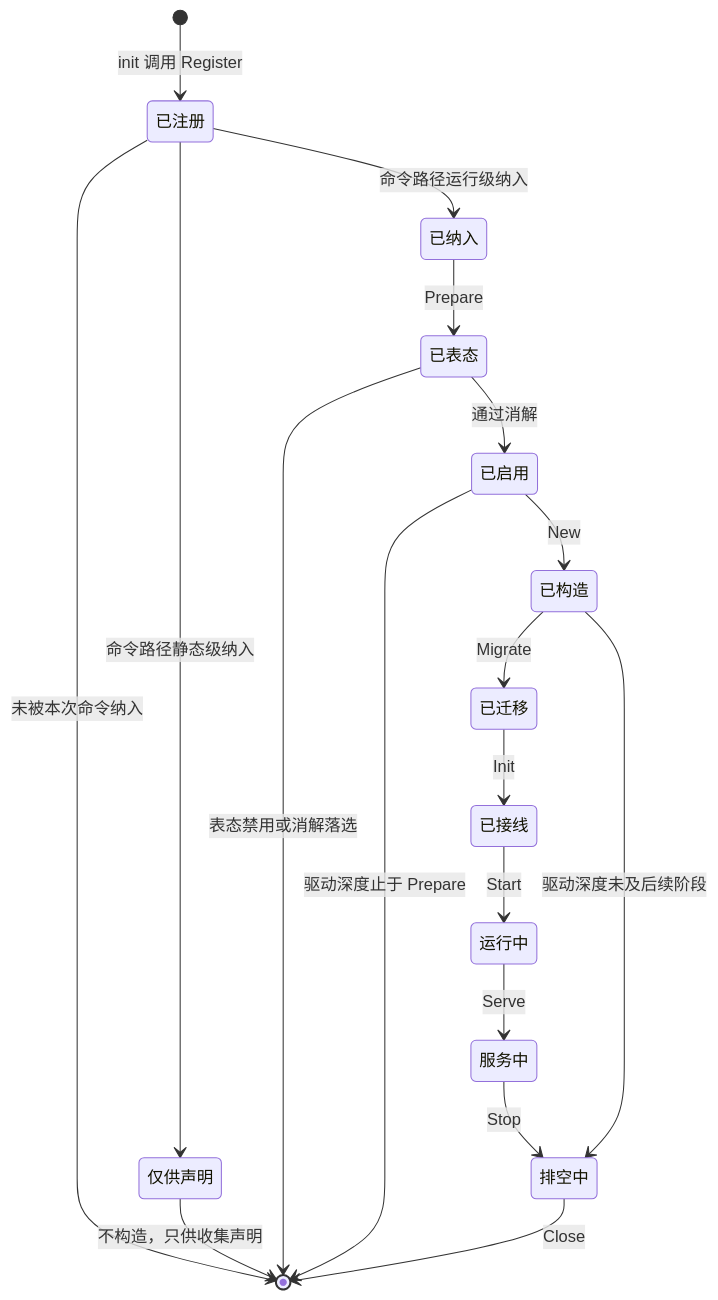
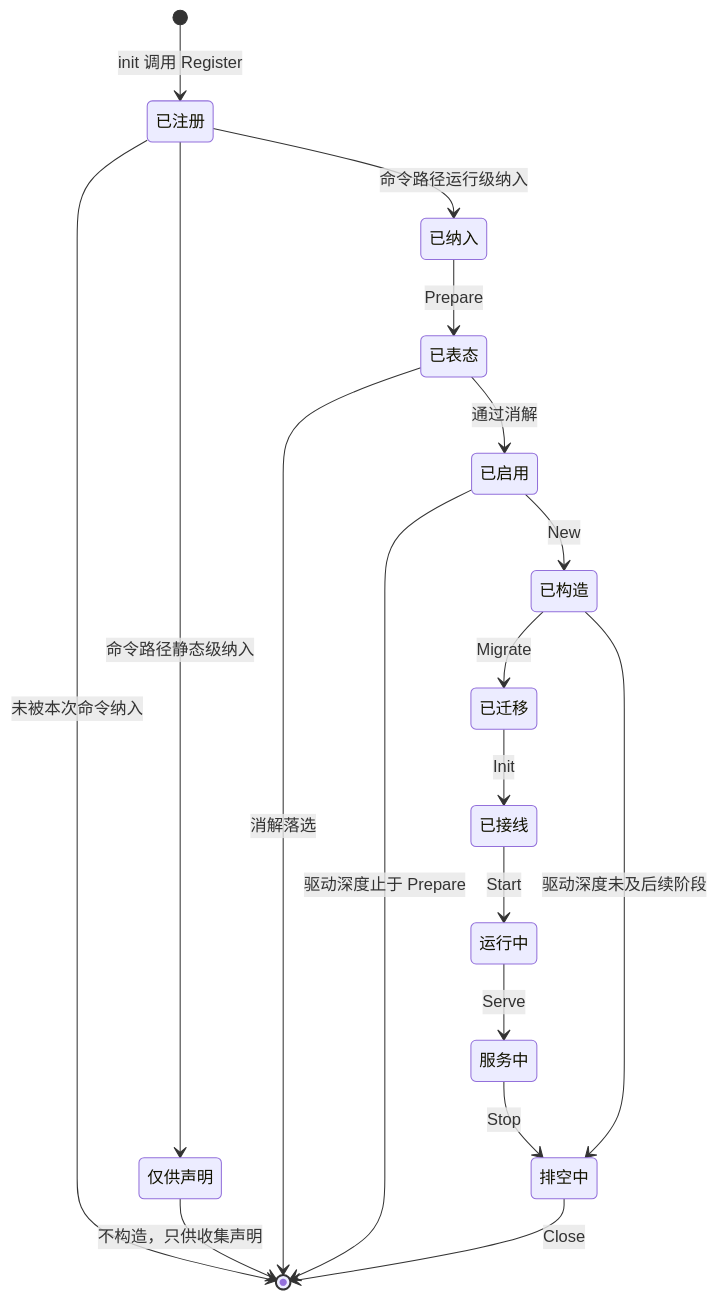
The second of 2 diagrams in docs/design/modules/design-core.md (wangzw/speed), drawn with Mermaid before and after one commit. The commit also changed other lines of this file and 40 other files, not shown here.

````diff
--- a/docs/design/modules/design-core.md
+++ b/docs/design/modules/design-core.md
@@ -291,20 +298,20 @@
 ```mermaid
 stateDiagram-v2
     [*] --> 已注册 : init 调用 Register
     已注册 --> [*] : 未被本次命令纳入
     已注册 --> 仅供声明 : 命令路径静态级纳入
     仅供声明 --> [*] : 不构造，只供收集声明
     已注册 --> 已纳入 : 命令路径运行级纳入
     已纳入 --> 已表态 : Prepare
-    已表态 --> [*] : 表态禁用或消解落选
+    已表态 --> [*] : 消解落选
     已表态 --> 已启用 : 通过消解
     已启用 --> [*] : 驱动深度止于 Prepare
     已启用 --> 已构造 : New
     已构造 --> 已迁移 : Migrate
     已迁移 --> 已接线 : Init
     已接线 --> 运行中 : Start
     运行中 --> 服务中 : Serve
     服务中 --> 排空中 : Stop
     已构造 --> 排空中 : 驱动深度未及后续阶段
     排空中 --> [*] : Close
 ```
````
